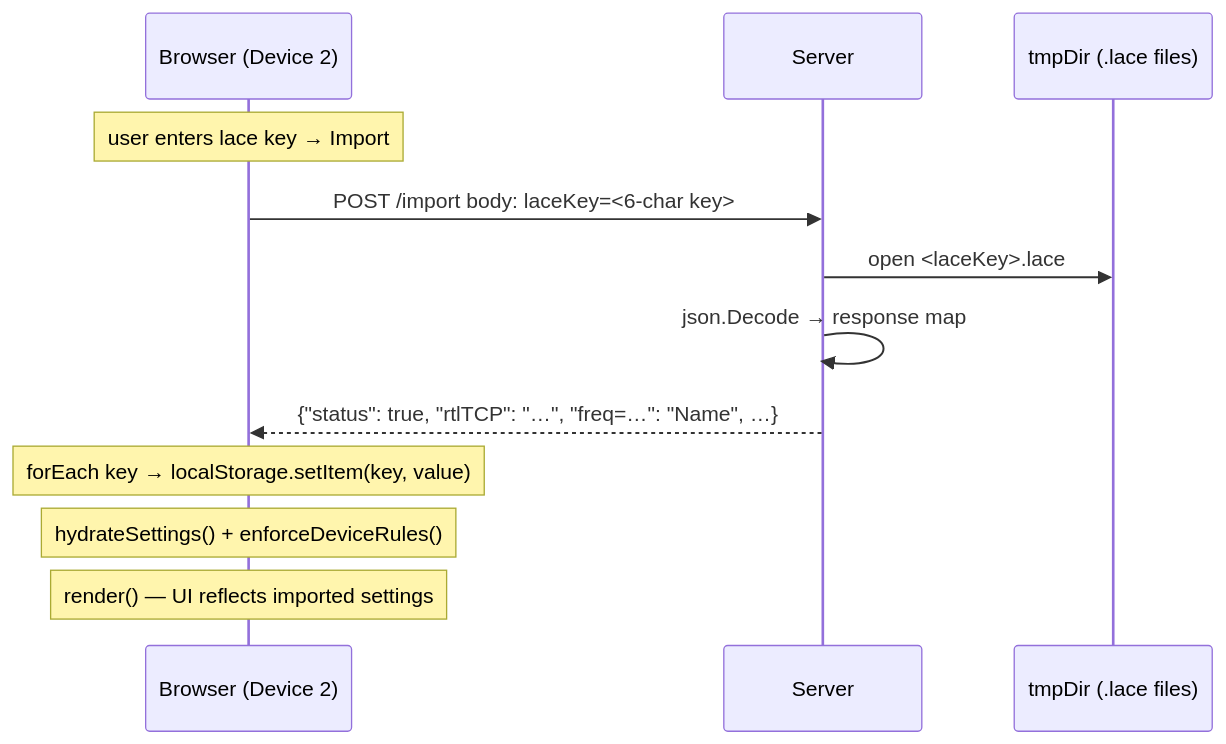
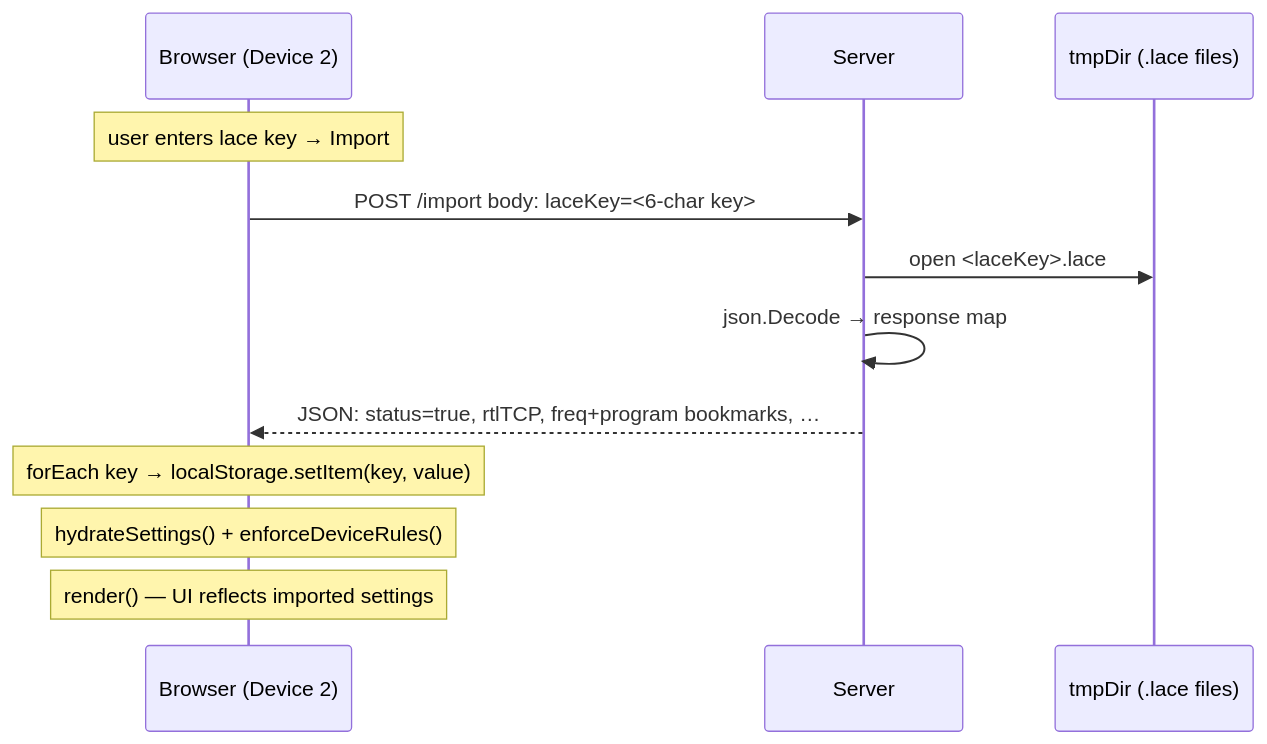
Diagram 12 of 14 in docs/ARCHITECTURE.md (arharvey918/yellowShoes), drawn with Mermaid before and after one commit. The commit also changed other lines of this file, not shown here.

First line of the commit message:
docs: fix Mermaid syntax errors in sequence diagrams

````diff
--- a/docs/ARCHITECTURE.md
+++ b/docs/ARCHITECTURE.md
@@ -453,16 +454,16 @@
 ```mermaid
 sequenceDiagram
     participant Browser as Browser (Device 2)
     participant Server
     participant tmpDir as tmpDir (.lace files)
 
     Note over Browser: user enters lace key → Import
 
     Browser->>Server: POST /import  body: laceKey=<6-char key>
     Server->>tmpDir: open <laceKey>.lace
     Server->>Server: json.Decode → response map
-    Server-->>Browser: {"status": true, "rtlTCP": "…", "freq=…": "Name", …}
+    Server-->>Browser: JSON: status=true, rtlTCP, freq+program bookmarks, …
     Note over Browser: forEach key → localStorage.setItem(key, value)
     Note over Browser: hydrateSettings() + enforceDeviceRules()
     Note over Browser: render() — UI reflects imported settings
 ```
````
